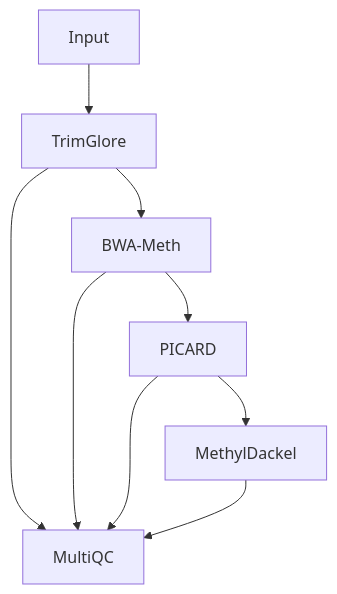
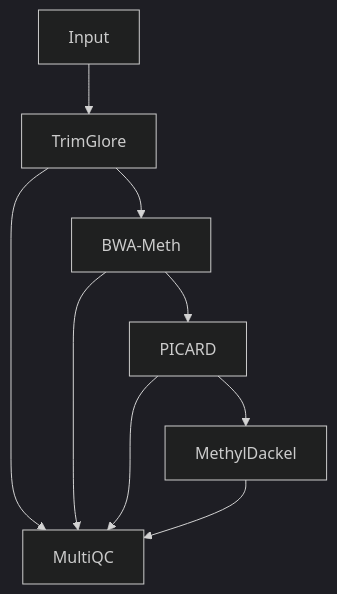
Before and after one commit to yxiangSG/nf_testdata: the diagram in README.md, drawn with Mermaid.

````diff
--- a/README.md
+++ b/README.md
@@ -3,11 +3,12 @@
 ```mermaid
+ %%{init: { 'theme':'dark', 'sequence': {'useMaxWidth':false} } }%%
 graph TD;
 Input-->TrimGlore;
 TrimGlore-->BWA-Meth;
 TrimGlore-->MultiQC;
 BWA-Meth-->MultiQC;
 BWA-Meth-->PICARD;
 PICARD-->MultiQC;
 PICARD-->MethylDackel;
 MethylDackel-->MultiQC;
 ```
````
